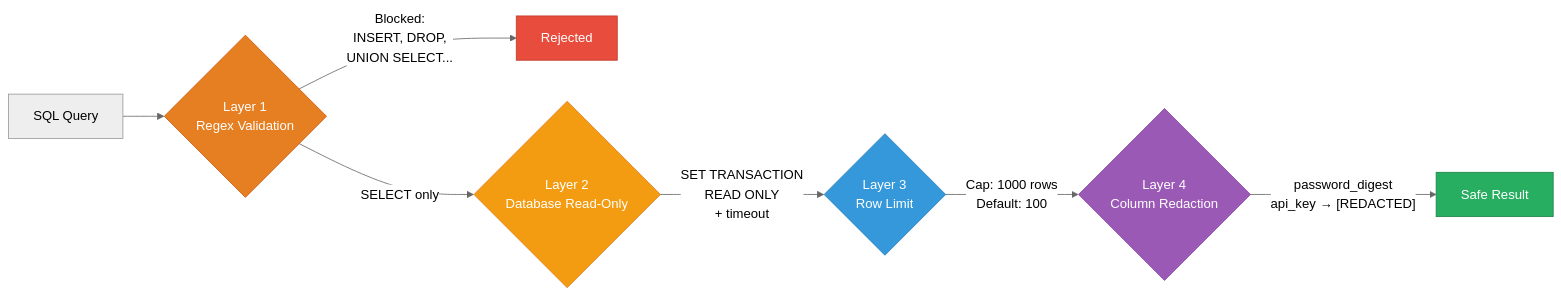
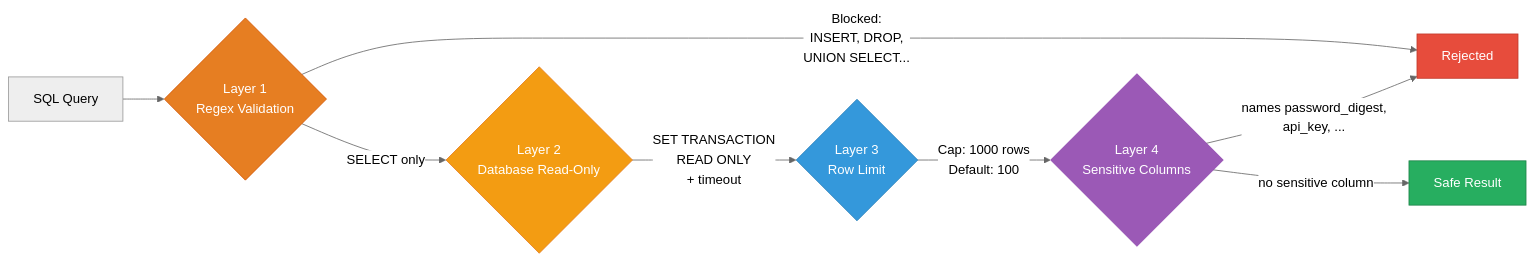
One commit to crisnahine/rails-ai-context changed the diagram in docs/SECURITY.md. Above: the diagram before and after it, drawn with Mermaid (neutral theme). The commit also changed other lines of this file and 29 other files, not shown here.

````diff
--- a/docs/SECURITY.md
+++ b/docs/SECURITY.md
@@ -30,16 +30,17 @@
 ```mermaid
 flowchart LR
     Q[SQL Query] --> L1{Layer 1\nRegex Validation}
     L1 -->|"Blocked:\nINSERT, DROP,\nUNION SELECT..."| R1[Rejected]
     L1 -->|SELECT only| L2{Layer 2\nDatabase Read-Only}
     L2 -->|"SET TRANSACTION\nREAD ONLY\n+ timeout"| L3{Layer 3\nRow Limit}
-    L3 -->|"Cap: 1000 rows\nDefault: 100"| L4{Layer 4\nColumn Redaction}
-    L4 -->|"password_digest\napi_key → [REDACTED]"| OK[Safe Result]
+    L3 -->|"Cap: 1000 rows\nDefault: 100"| L4{Layer 4\nSensitive Columns}
+    L4 -->|"names password_digest,\napi_key, ..."| R1
+    L4 -->|"no sensitive column"| OK[Safe Result]
 
     style R1 fill:#e74c3c,stroke:#c0392b,color:#fff
     style OK fill:#27ae60,stroke:#1e8449,color:#fff
     style L1 fill:#e67e22,stroke:#d35400,color:#fff
     style L2 fill:#f39c12,stroke:#e67e22,color:#fff
     style L3 fill:#3498db,stroke:#2980b9,color:#fff
     style L4 fill:#9b59b6,stroke:#8e44ad,color:#fff
 ```
````
